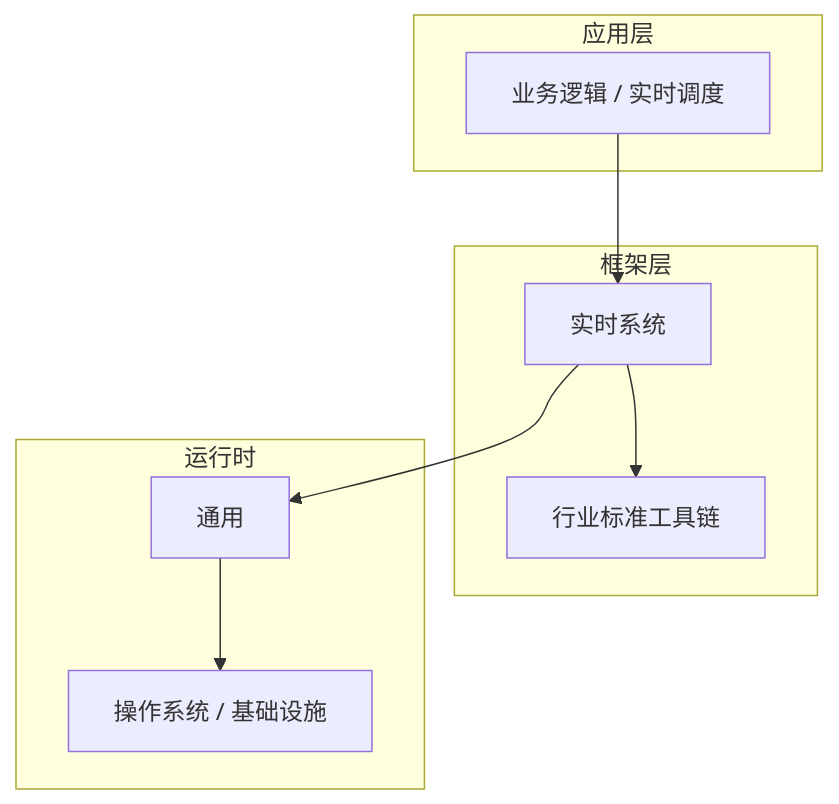
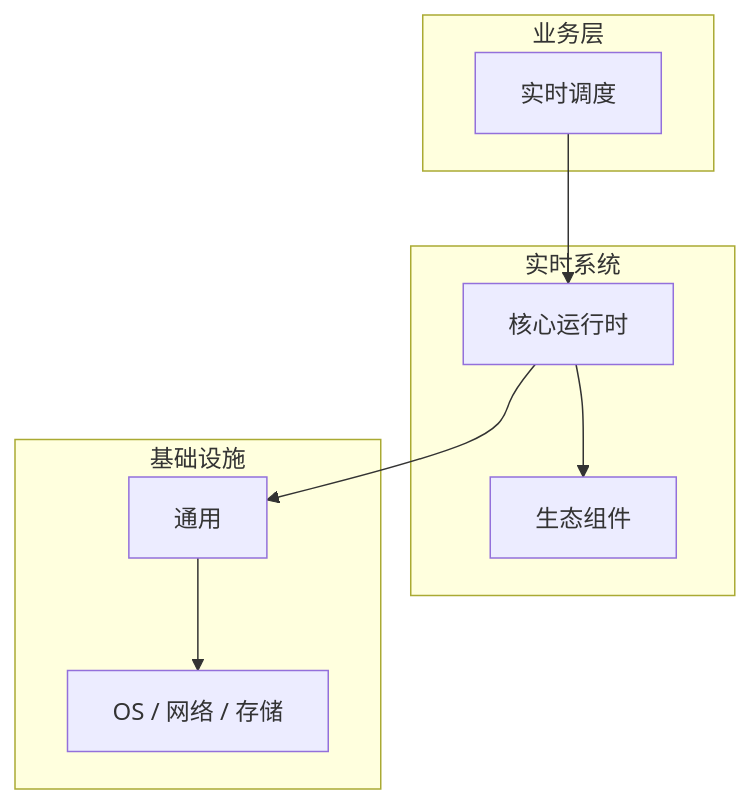
The diagram in articles/实时系统/chapters/009-实时调度核心概念与原理.md (yanggan2015/knowledge-json-v2), drawn with Mermaid before and after one commit. The commit also changed other lines of this file and 10127 other files, not shown here.

````diff
--- a/articles/实时系统/chapters/009-实时调度核心概念与原理.md
+++ b/articles/实时系统/chapters/009-实时调度核心概念与原理.md
@@ -45,18 +34,18 @@
 ```mermaid
 graph TB
-    subgraph 应用层
-        A[业务逻辑 / 实时调度]
+    subgraph 业务层
+        A[实时调度]
     end
-    subgraph 框架层
-        B[实时系统]
-        C[行业标准工具链]
+    subgraph 实时系统
+        B[核心运行时]
+        C[生态组件]
     end
-    subgraph 运行时
+    subgraph 基础设施
         D[通用]
-        E[操作系统 / 基础设施]
+        E[OS / 网络 / 存储]
     end
     A --> B
     B --> C
     B --> D
     D --> E
 ```
````
